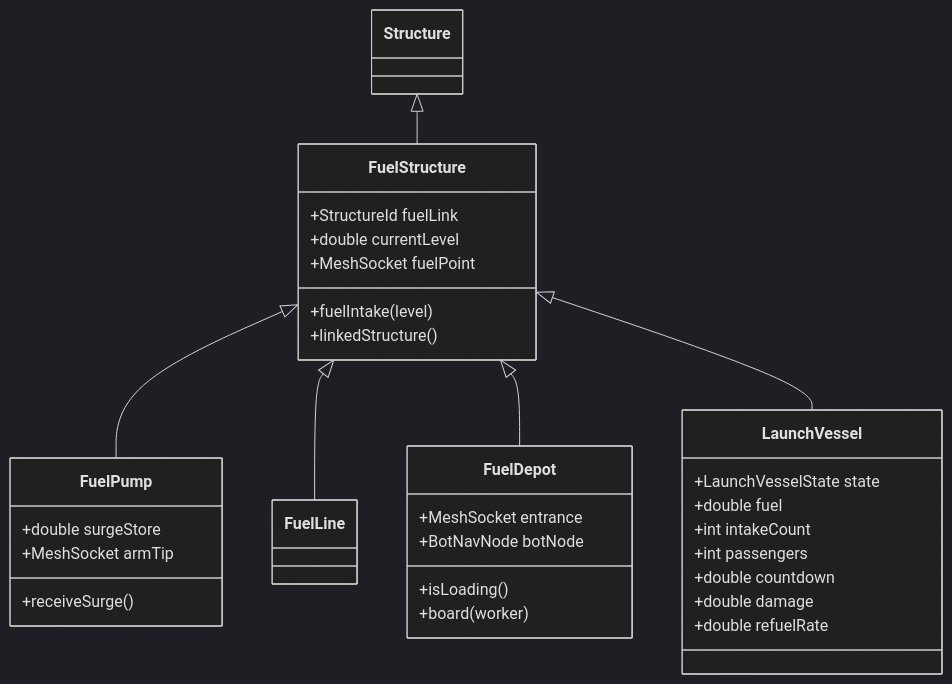
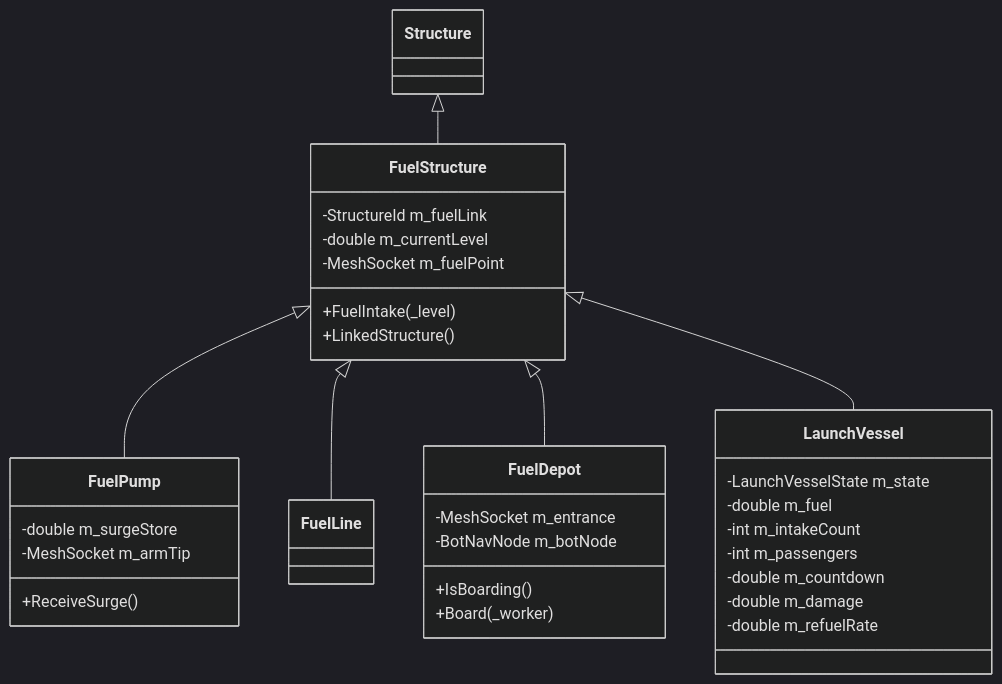
Before and after one commit to Zwaliebaba/Species.AI: the sixth of 6 diagrams in design_next/reference/03_buildings_and_world_objects/economy_and_spawn_objects.md, drawn with Mermaid (dark theme). The commit also changed other lines of this file and 99 other files, not shown here.

````diff
--- a/design_next/reference/03_buildings_and_world_objects/economy_and_spawn_objects.md
+++ b/design_next/reference/03_buildings_and_world_objects/economy_and_spawn_objects.md
@@ -424,35 +426,35 @@
 ```mermaid
 classDiagram
     Structure <|-- FuelStructure
     FuelStructure <|-- FuelPump
     FuelStructure <|-- FuelLine
     FuelStructure <|-- FuelDepot
     FuelStructure <|-- LaunchVessel
     class FuelStructure {
-        +StructureId fuelLink
-        +double currentLevel
-        +MeshSocket fuelPoint
-        +fuelIntake(level)
-        +linkedStructure()
+        -StructureId m_fuelLink
+        -double m_currentLevel
+        -MeshSocket m_fuelPoint
+        +FuelIntake(_level)
+        +LinkedStructure()
     }
     class FuelPump {
-        +double surgeStore
-        +MeshSocket armTip
-        +receiveSurge()
+        -double m_surgeStore
+        -MeshSocket m_armTip
+        +ReceiveSurge()
     }
     class FuelDepot {
-        +MeshSocket entrance
-        +BotNavNode botNode
-        +isLoading()
-        +board(worker)
+        -MeshSocket m_entrance
+        -BotNavNode m_botNode
+        +IsBoarding()
+        +Board(_worker)
     }
     class LaunchVessel {
-        +LaunchVesselState state
-        +double fuel
-        +int intakeCount
-        +int passengers
-        +double countdown
-        +double damage
-        +double refuelRate
+        -LaunchVesselState m_state
+        -double m_fuel
+        -int m_intakeCount
+        -int m_passengers
+        -double m_countdown
+        -double m_damage
+        -double m_refuelRate
     }
 ```
````
